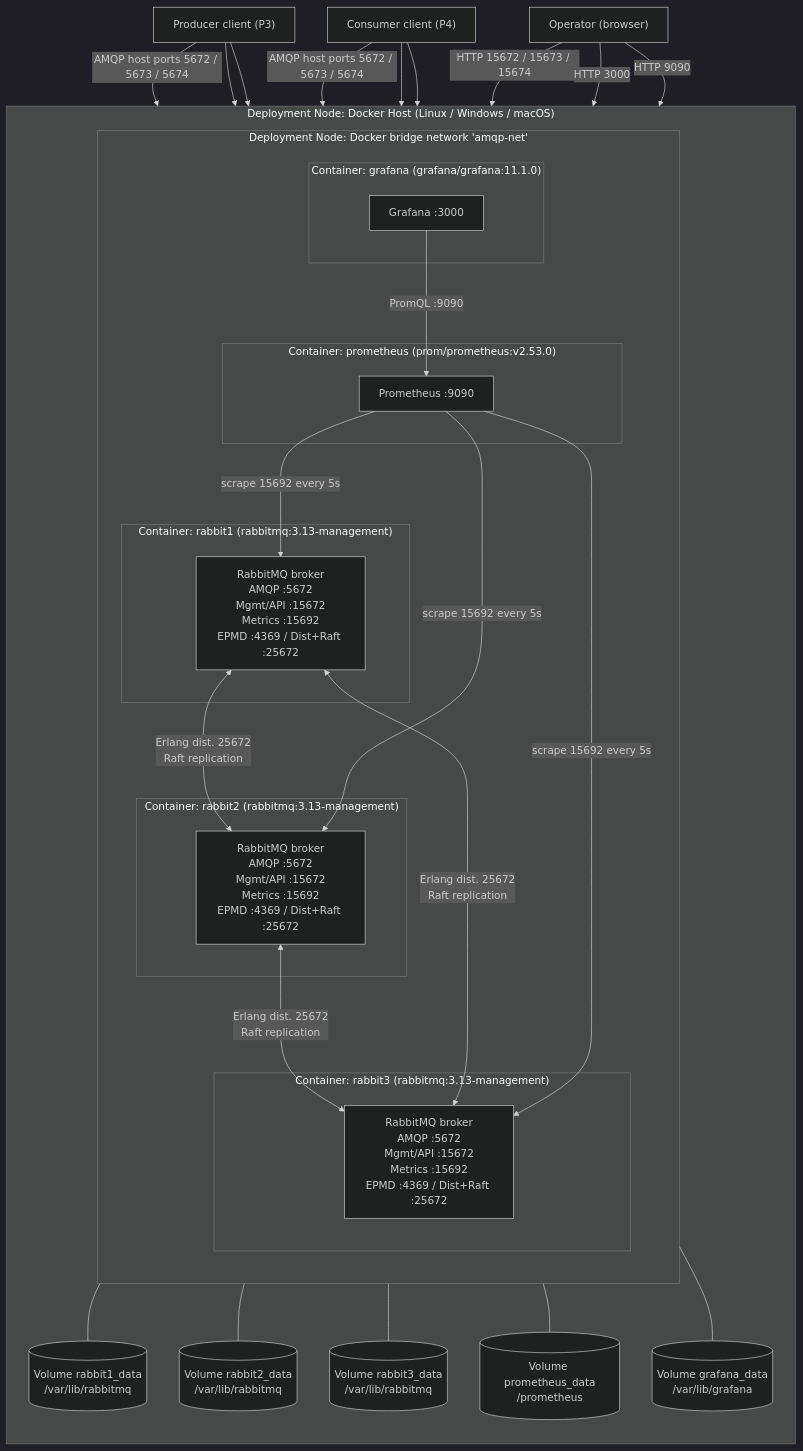
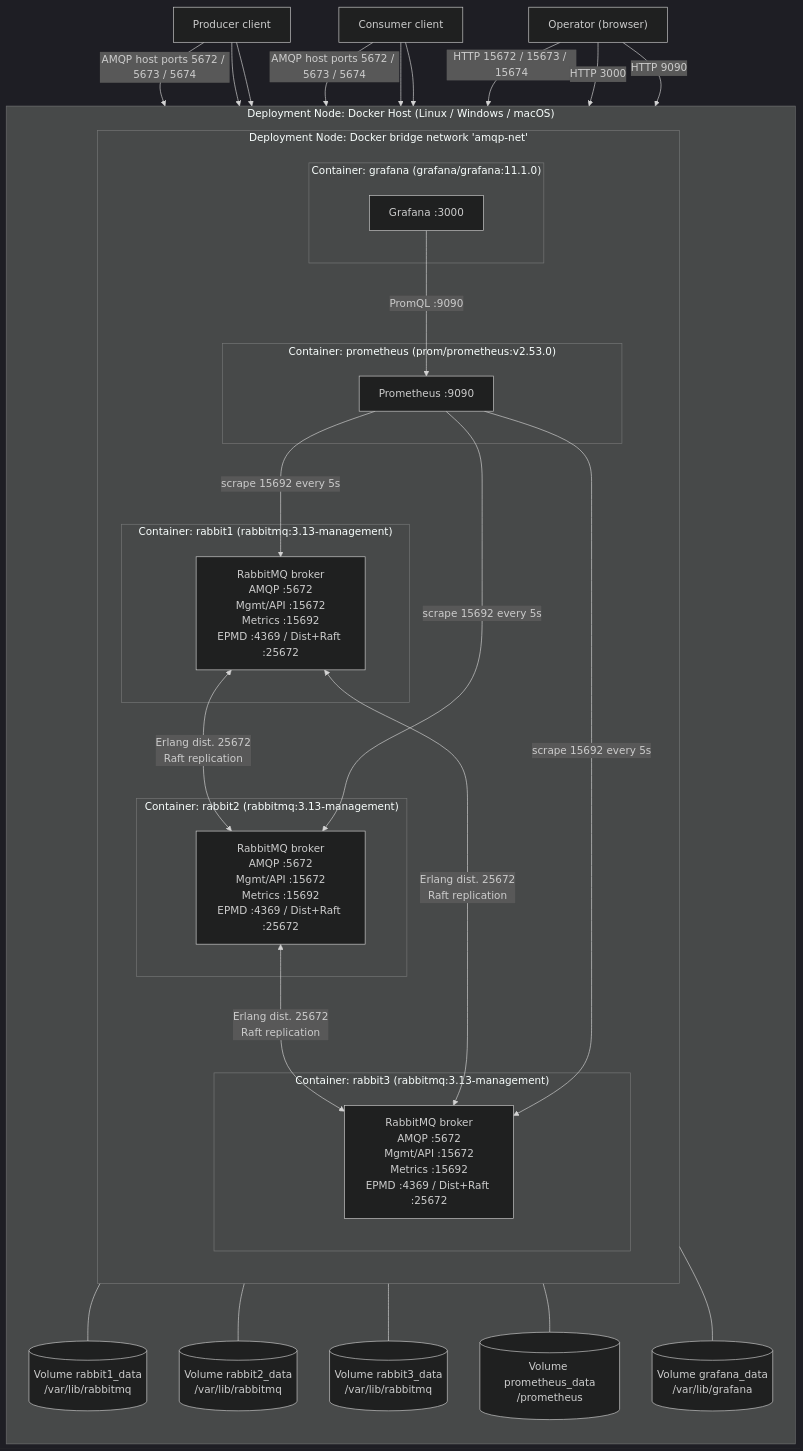
One commit to dimamverdiyeva15764/INFT6000-HW2-RabbitMQ-Cluster changed the first of 2 diagrams in docs/c4/deployment-diagram.md. Above: the diagram before and after it, drawn with Mermaid (dark theme). The commit also changed other lines of this file and 295 other files, not shown here.

````diff
--- a/docs/c4/deployment-diagram.md
+++ b/docs/c4/deployment-diagram.md
@@ -11,62 +11,62 @@
 ```mermaid
 flowchart TB
     subgraph HOST["Deployment Node: Docker Host (Linux / Windows / macOS)"]
         direction TB
 
         subgraph NET["Deployment Node: Docker bridge network 'amqp-net'"]
             direction TB
 
             subgraph N1["Container: rabbit1 (rabbitmq:3.13-management)"]
                 A1["RabbitMQ broker<br/>AMQP :5672<br/>Mgmt/API :15672<br/>Metrics :15692<br/>EPMD :4369 / Dist+Raft :25672"]
             end
             subgraph N2["Container: rabbit2 (rabbitmq:3.13-management)"]
                 A2["RabbitMQ broker<br/>AMQP :5672<br/>Mgmt/API :15672<br/>Metrics :15692<br/>EPMD :4369 / Dist+Raft :25672"]
             end
             subgraph N3["Container: rabbit3 (rabbitmq:3.13-management)"]
                 A3["RabbitMQ broker<br/>AMQP :5672<br/>Mgmt/API :15672<br/>Metrics :15692<br/>EPMD :4369 / Dist+Raft :25672"]
             end
 
             subgraph PR["Container: prometheus (prom/prometheus:v2.53.0)"]
                 P["Prometheus :9090"]
             end
             subgraph GR["Container: grafana (grafana/grafana:11.1.0)"]
                 G["Grafana :3000"]
             end
         end
 
         V1[("Volume rabbit1_data<br/>/var/lib/rabbitmq")]
         V2[("Volume rabbit2_data<br/>/var/lib/rabbitmq")]
         V3[("Volume rabbit3_data<br/>/var/lib/rabbitmq")]
         VP[("Volume prometheus_data<br/>/prometheus")]
         VG[("Volume grafana_data<br/>/var/lib/grafana")]
     end
 
-    PROD["Producer client (P3)"]
-    CONS["Consumer client (P4)"]
+    PROD["Producer client"]
+    CONS["Consumer client"]
     OPS["Operator (browser)"]
 
     A1 <-->|"Erlang dist. 25672<br/>Raft replication"| A2
     A2 <-->|"Erlang dist. 25672<br/>Raft replication"| A3
     A1 <-->|"Erlang dist. 25672<br/>Raft replication"| A3
 
     P -->|"scrape 15692 every 5s"| A1
     P -->|"scrape 15692 every 5s"| A2
     P -->|"scrape 15692 every 5s"| A3
     G -->|"PromQL :9090"| P
 
     A1 --- V1
     A2 --- V2
     A3 --- V3
     P --- VP
     G --- VG
 
     PROD -->|"AMQP host ports 5672 / 5673 / 5674"| A1
     PROD --> A2
     PROD --> A3
     CONS -->|"AMQP host ports 5672 / 5673 / 5674"| A1
     CONS --> A2
     CONS --> A3
     OPS -->|"HTTP 15672 / 15673 / 15674"| A1
     OPS -->|"HTTP 3000"| G
     OPS -->|"HTTP 9090"| P
 ```
````
